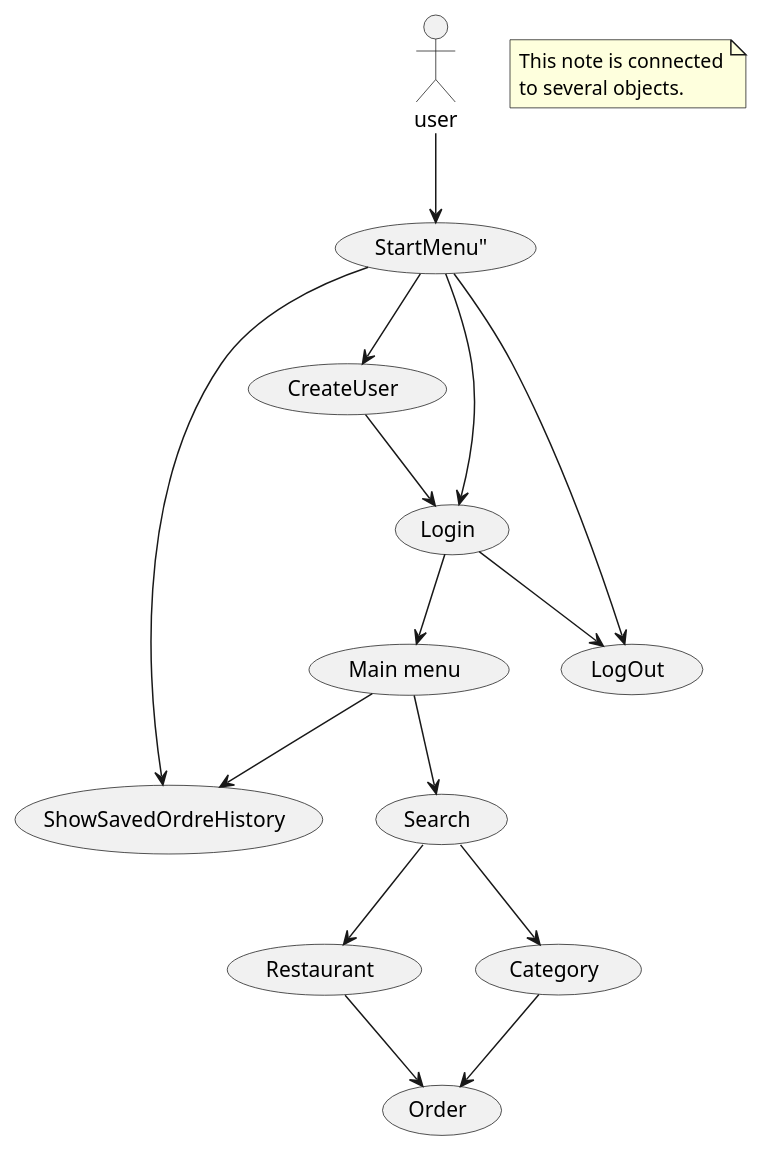
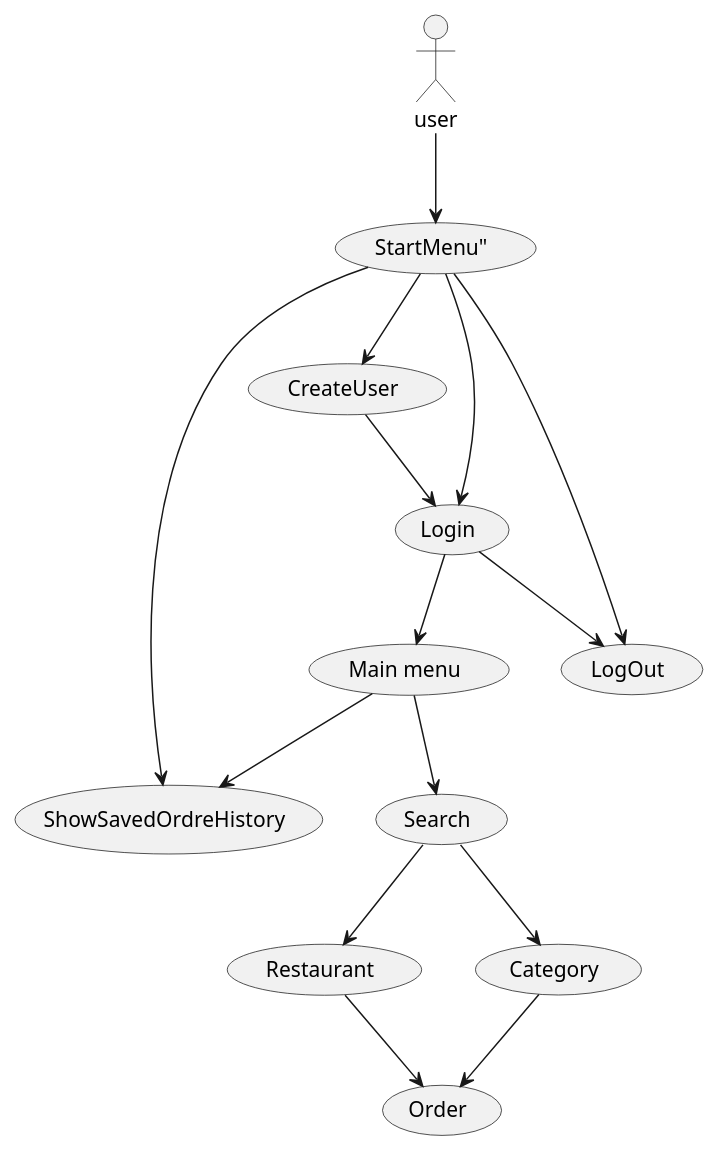
One commit to Madihakhan1/ICE-2024 changed the diagram in Doc/UseCase1.0.puml. Above: the diagram before and after it, drawn with PlantUML.

Commit message:
UseCase1.0.puml

```diff
--- a/Doc/UseCase1.0.puml
+++ b/Doc/UseCase1.0.puml
@@ -1,38 +1,37 @@
 @startuml
 'https://plantuml.com/use-case-diagram
 
   actor user
 
   usecase "StartMenu"" as UC1
   usecase "CreateUser" as UC2
   usecase "Login" as UC3
   usecase "Main menu" as UC4
   usecase "Search" as UC5
   usecase "Restaurant" as UC6
   usecase "Category" as UC7
   usecase "Order" as UC8
   usecase "ShowSavedOrdreHistory" as UC9
   usecase "LogOut" as UC10
 
 
 user --> UC1
 UC1 --> UC9
 UC1 --> UC2
 UC1 --> UC10
 UC2 --> UC3
 UC1 --> UC3
 UC3 --> UC4
 UC3 --> UC10
 UC4 --> UC5
 UC5 --> UC6
 UC6 --> UC8
 UC5 --> UC7
 UC7 --> UC8
 UC4 --> UC9
 
 
 
 
 
-note "This note is connected\nto several objects." as N2
 @enduml
```
